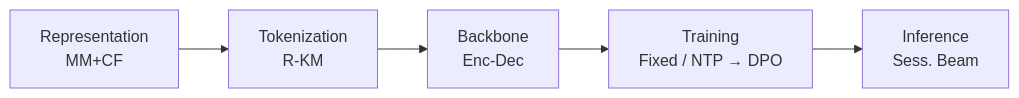
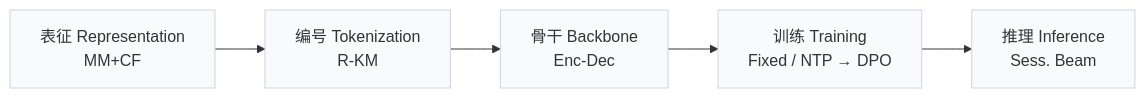
The first of 3 diagrams in pages/zh/papers/onerec.md (Galaxy-ghost/Awesome-SID-Generative-Rec), drawn with Mermaid before and after one commit. The commit also changed other lines of this file and 649 other files, not shown here.

Commit message:
writer-05: also tags and modality index (schema, check, build, visuals); summary field removed; calibration data for 12 papers

````diff
--- a/pages/zh/papers/onerec.md
+++ b/pages/zh/papers/onerec.md
@@ -13,4 +15,6 @@
 ```mermaid
 flowchart LR
-    R["Representation<br/>MM+CF"] --> T["Tokenization<br/>R-KM"] --> B["Backbone<br/>Enc-Dec"] --> TR["Training<br/>Fixed / NTP → DPO"] --> I["Inference<br/>Sess. Beam"]
+    R["表征 Representation<br/>MM+CF"] --> T["编号 Tokenization<br/>R-KM"] --> B["骨干 Backbone<br/>Enc-Dec"] --> TR["训练 Training<br/>Fixed / NTP → DPO"] --> I["推理 Inference<br/>Sess. Beam"]
+    classDef base fill:#f8fafc,stroke:#cbd5e1
+    class R,T,B,TR,I base
 ```
````
